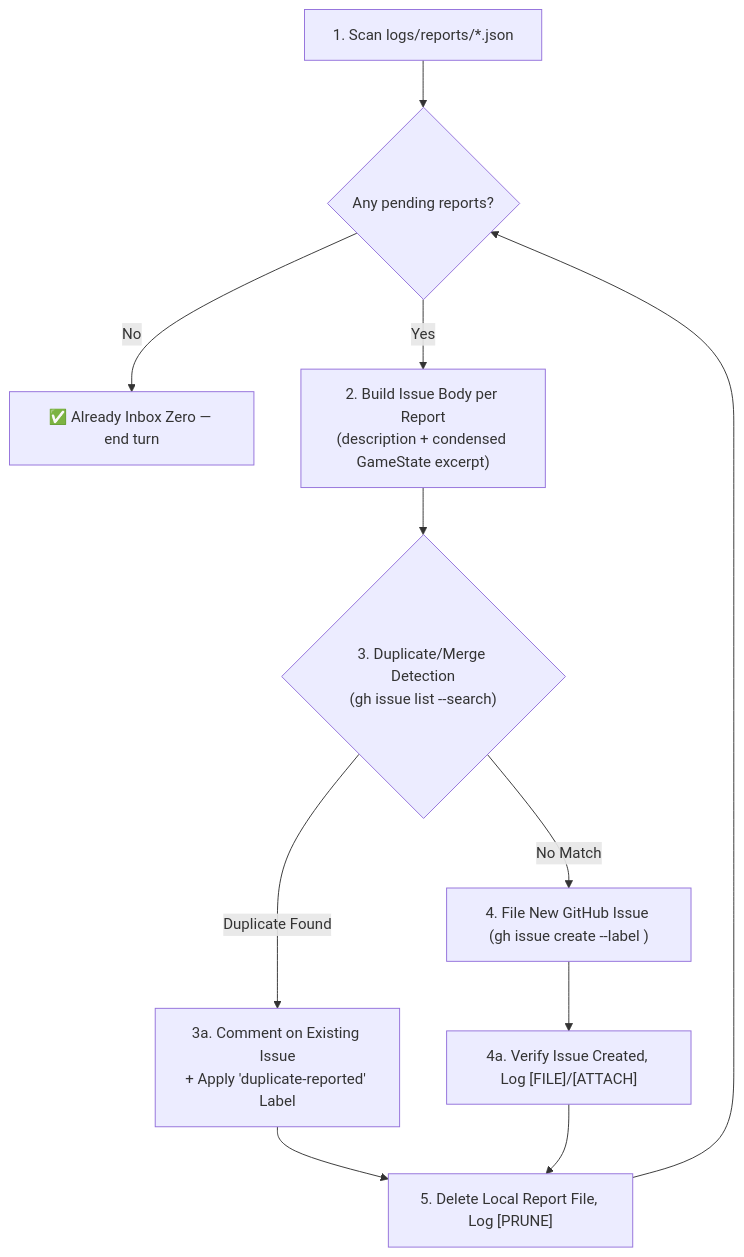
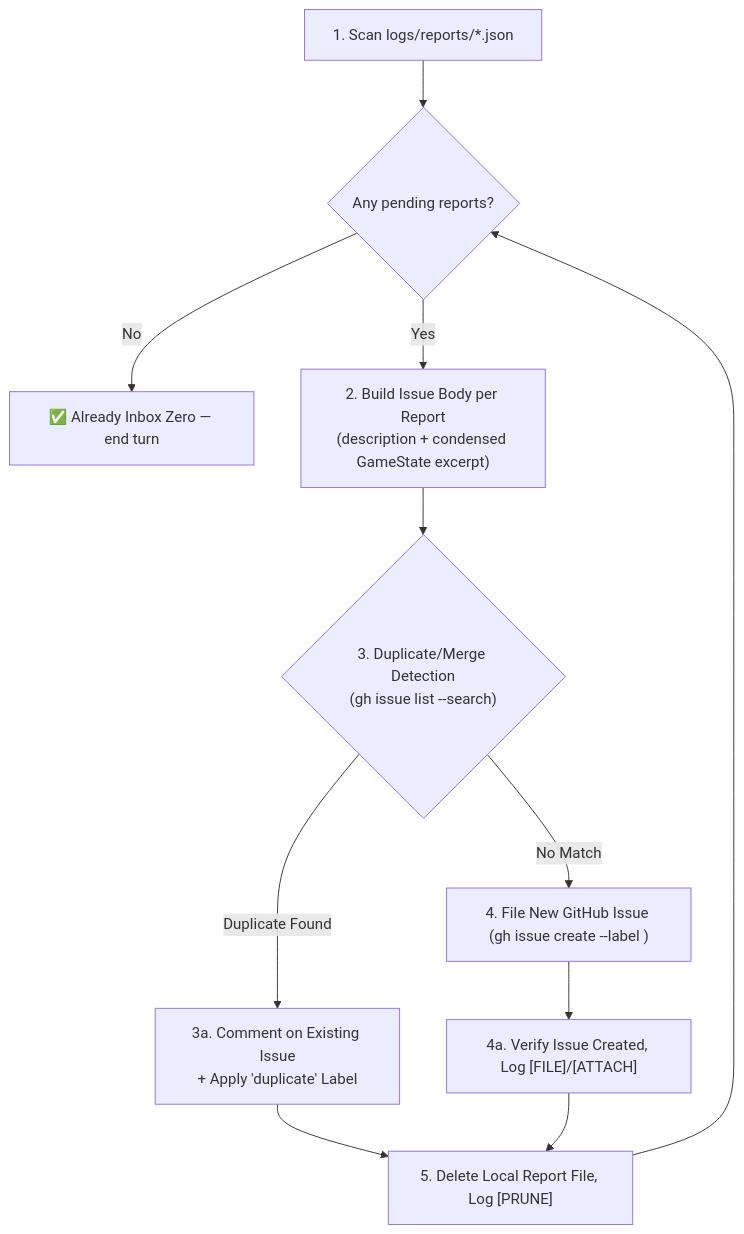
Before and after one commit to SteveRodrigue/MCD: the diagram in .agents/skills/problem-report-triage/SKILL.md, drawn with Mermaid. The commit also changed other lines of this file, not shown here.

Commit message:
docs(skills): align problem-report-triage title/labels/body with official .github/ISSUE_TEMPLATE and preserve verbatim user reports

````diff
--- a/.agents/skills/problem-report-triage/SKILL.md
+++ b/.agents/skills/problem-report-triage/SKILL.md
@@ -62,13 +68,13 @@
 ```mermaid
 flowchart TD
     S1["1. Scan logs/reports/*.json"] --> S2{"Any pending reports?"}
     S2 -- "No" --> DONE["✅ Already Inbox Zero — end turn"]
     S2 -- "Yes" --> S3["2. Build Issue Body per Report<br/>(description + condensed GameState excerpt)"]
     S3 --> S3B{"3. Duplicate/Merge Detection<br/>(gh issue list --search)"}
-    S3B -- "Duplicate Found" --> M1["3a. Comment on Existing Issue<br/>+ Apply 'duplicate-reported' Label"]
+    S3B -- "Duplicate Found" --> M1["3a. Comment on Existing Issue<br/>+ Apply 'duplicate' Label"]
     M1 --> S6["5. Delete Local Report File, Log [PRUNE]"]
     S3B -- "No Match" --> S4["4. File New GitHub Issue (gh issue create --label <labels>)"]
     S4 --> S5["4a. Verify Issue Created, Log [FILE]/[ATTACH]"]
     S5 --> S6
     S6 --> S2
 ```
````
